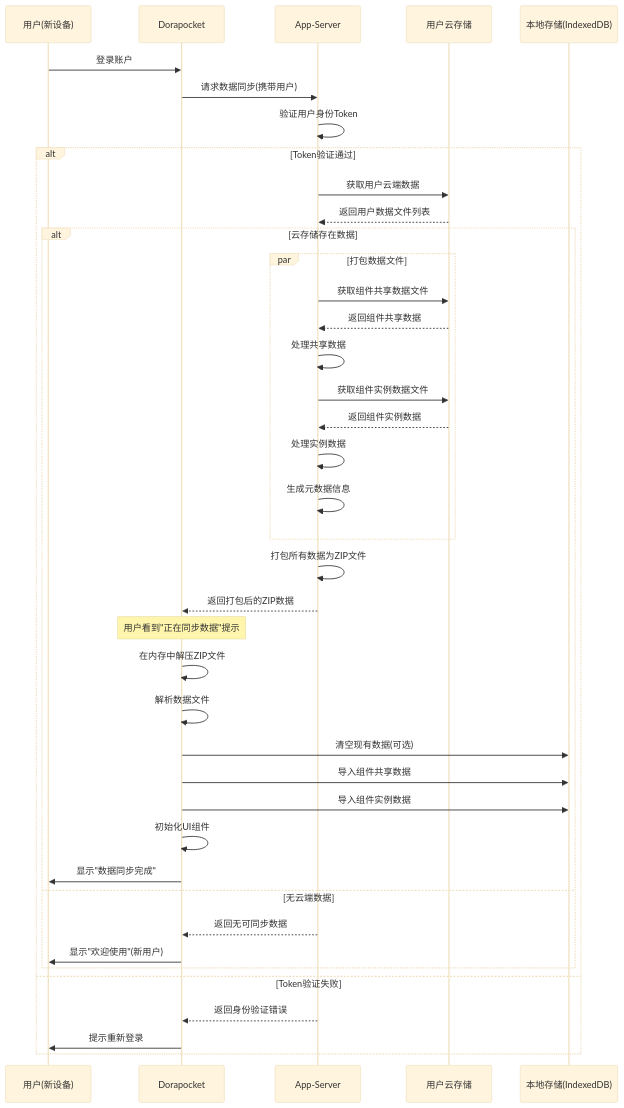
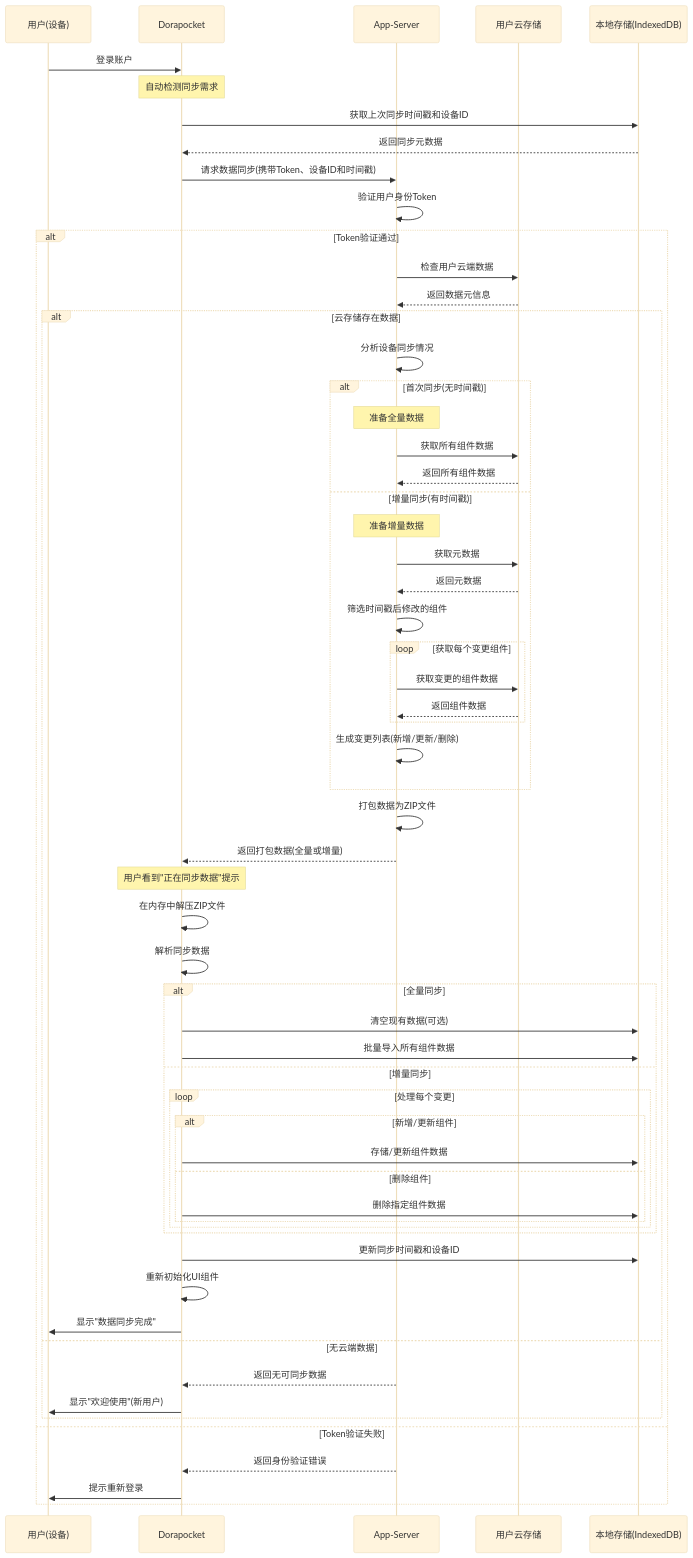
One commit to yingjianzh/iodraw-files changed the diagram in all/未命名-38.md. Above: the diagram before and after it, drawn with Mermaid (base theme).

Commit message:
2025-04-21 13:55:32 update

````diff
--- a/all/未命名-38.md
+++ b/all/未命名-38.md
@@ -1,53 +1,78 @@
 ```mermaid
 sequenceDiagram
-    participant User as 用户(新设备)
+    participant User as 用户(设备)
     participant App as Dorapocket
     participant AppServer as App-Server
     participant UserCloud as 用户云存储
     participant LocalDB as 本地存储(IndexedDB)
     
     User->>App: 登录账户
+    Note over App: 自动检测同步需求
     
-    App->>AppServer: 请求数据同步(携带用户)
+    App->>LocalDB: 获取上次同步时间戳和设备ID
+    LocalDB-->>App: 返回同步元数据
+    
+    App->>AppServer: 请求数据同步(携带Token、设备ID和时间戳)
     AppServer->>AppServer: 验证用户身份Token
     
     alt Token验证通过
-        AppServer->>UserCloud: 获取用户云端数据
-        UserCloud-->>AppServer: 返回用户数据文件列表
+        AppServer->>UserCloud: 检查用户云端数据
+        UserCloud-->>AppServer: 返回数据元信息
         
         alt 云存储存在数据
-            par 打包数据文件
-                AppServer->>UserCloud: 获取组件共享数据文件
-                UserCloud-->>AppServer: 返回组件共享数据
-                AppServer->>AppServer: 处理共享数据
+            AppServer->>AppServer: 分析设备同步情况
+            
+            alt 首次同步(无时间戳)
+                Note over AppServer: 准备全量数据
+                AppServer->>UserCloud: 获取所有组件数据
+                UserCloud-->>AppServer: 返回所有组件数据
                 
-                AppServer->>UserCloud: 获取组件实例数据文件
-                UserCloud-->>AppServer: 返回组件实例数据
-                AppServer->>AppServer: 处理实例数据
+            else 增量同步(有时间戳)
+                Note over AppServer: 准备增量数据
+                AppServer->>UserCloud: 获取元数据
+                UserCloud-->>AppServer: 返回元数据
                 
-                AppServer->>AppServer: 生成元数据信息
+                AppServer->>AppServer: 筛选时间戳后修改的组件
+                
+                loop 获取每个变更组件
+                    AppServer->>UserCloud: 获取变更的组件数据
+                    UserCloud-->>AppServer: 返回组件数据
+                end
+                
+                AppServer->>AppServer: 生成变更列表(新增/更新/删除)
             end
             
-            AppServer->>AppServer: 打包所有数据为ZIP文件
-            AppServer-->>App: 返回打包后的ZIP数据
+            AppServer->>AppServer: 打包数据为ZIP文件
+            AppServer-->>App: 返回打包数据(全量或增量)
             
             Note over App: 用户看到"正在同步数据"提示
             
             App->>App: 在内存中解压ZIP文件
-            App->>App: 解析数据文件
+            App->>App: 解析同步数据
             
-            App->>LocalDB: 清空现有数据(可选)
-            App->>LocalDB: 导入组件共享数据
-            App->>LocalDB: 导入组件实例数据
+            alt 全量同步
+                App->>LocalDB: 清空现有数据(可选)
+                App->>LocalDB: 批量导入所有组件数据
+            else 增量同步
+                loop 处理每个变更
+                    alt 新增/更新组件
+                        App->>LocalDB: 存储/更新组件数据
+                    else 删除组件
+                        App->>LocalDB: 删除指定组件数据
+                    end
+                end
+            end
             
-            App->>App: 初始化UI组件
+            App->>LocalDB: 更新同步时间戳和设备ID
+            App->>App: 重新初始化UI组件
             App->>User: 显示"数据同步完成"
+            
         else 无云端数据
             AppServer-->>App: 返回无可同步数据
             App->>User: 显示"欢迎使用"(新用户)
         end
     else Token验证失败
         AppServer-->>App: 返回身份验证错误
         App->>User: 提示重新登录
     end
 ```
````
